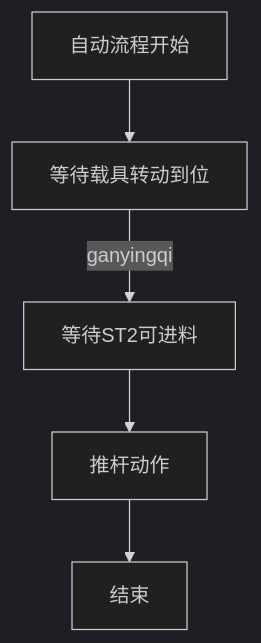
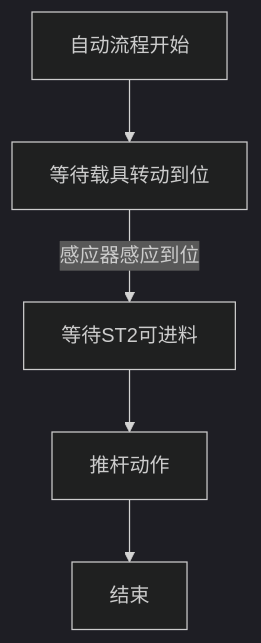
The diagram in all/OP70工位1长回流工位.md (zmq000/iodraw-files), drawn with Mermaid (dark theme) before and after one commit.

Commit message:
2026-06-17 15:34:50 update

````diff
--- a/all/OP70工位1长回流工位.md
+++ b/all/OP70工位1长回流工位.md
@@ -1,9 +1,9 @@
 ```mermaid
 graph TD
  自动流程开始-->10
- 10[等待载具转动到位]-->|ganyingqi|20
+ 10[等待载具转动到位]-->|感应器感应到位|20
  20[等待ST2可进料]-->30
  30[推杆动作]-->40
  40[结束]
 
 ```
````
